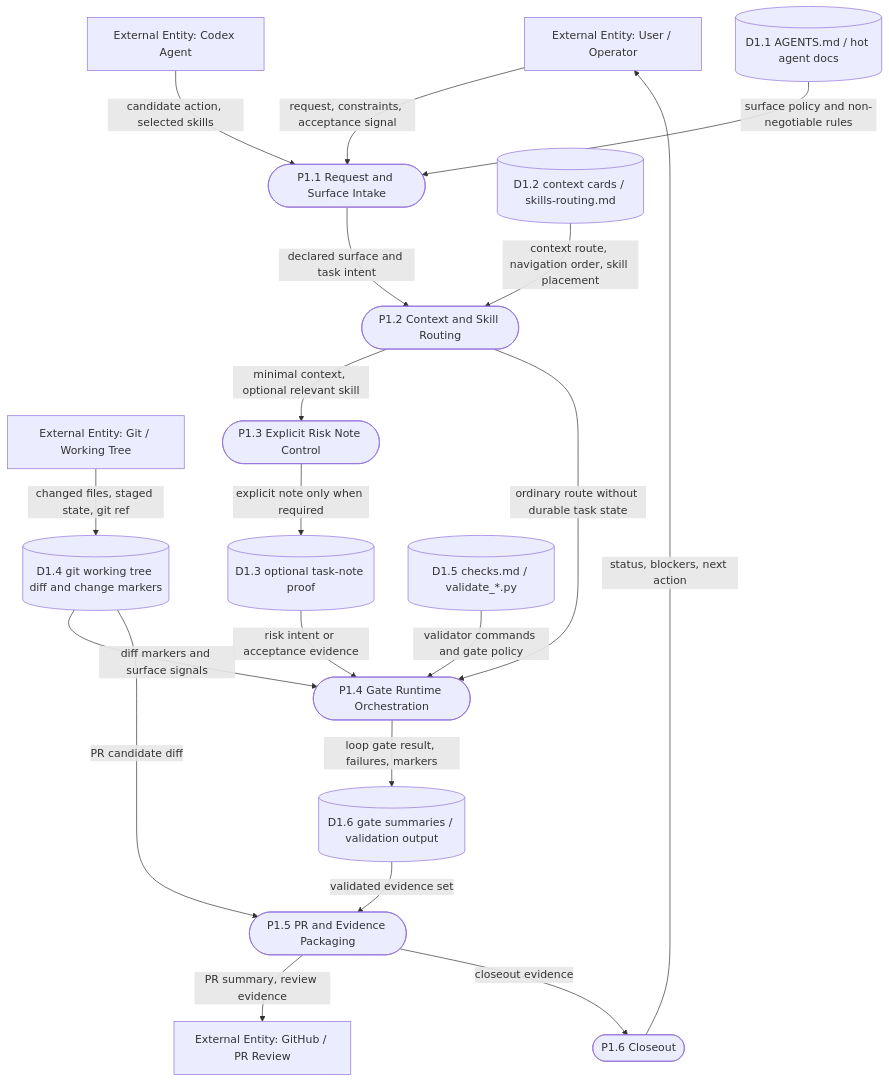
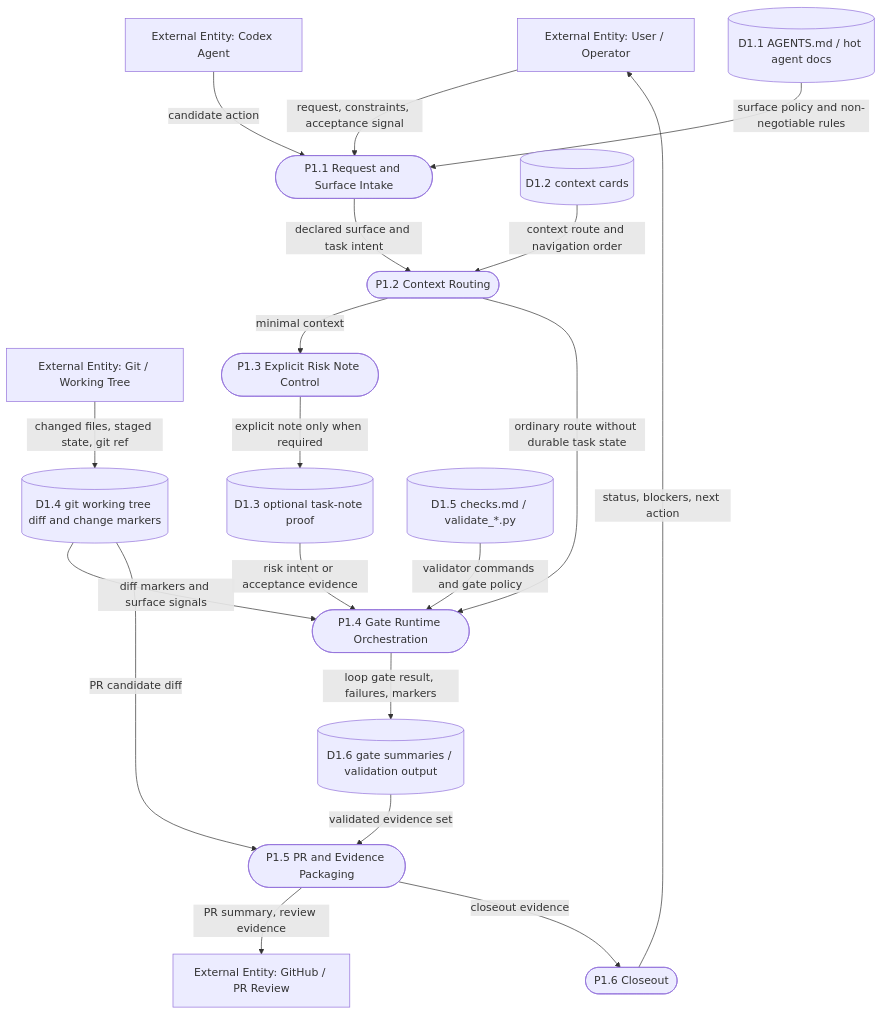
Before and after one commit to deusexrenovatio-arch/trading-advisor-3000: the diagram in docs/obsidian/dfd/level-1-delivery-shell.md, drawn with Mermaid. The commit also changed other lines of this file and 24 other files, not shown here.

Commit message:
refactor(shell): remove global skill routing dependency

````diff
--- a/docs/obsidian/dfd/level-1-delivery-shell.md
+++ b/docs/obsidian/dfd/level-1-delivery-shell.md
@@ -26,40 +25,40 @@
 ```mermaid
 flowchart TB
     User["External Entity: User / Operator"]
     Agent["External Entity: Codex Agent"]
     Git["External Entity: Git / Working Tree"]
     GitHub["External Entity: GitHub / PR Review"]
 
     P11(["P1.1 Request and Surface Intake"])
-    P12(["P1.2 Context and Skill Routing"])
+    P12(["P1.2 Context Routing"])
     P13(["P1.3 Explicit Risk Note Control"])
     P14(["P1.4 Gate Runtime Orchestration"])
     P15(["P1.5 PR and Evidence Packaging"])
     P16(["P1.6 Closeout"])
 
     D11[("D1.1 AGENTS.md / hot agent docs")]
-    D12[("D1.2 context cards / skills-routing.md")]
+    D12[("D1.2 context cards")]
     D13[("D1.3 optional task-note proof")]
     D14[("D1.4 git working tree diff and change markers")]
     D15[("D1.5 checks.md / validate_*.py")]
     D16[("D1.6 gate summaries / validation output")]
 
     User -->|"request, constraints, acceptance signal"| P11
-    Agent -->|"candidate action, selected skills"| P11
+    Agent -->|"candidate action"| P11
     D11 -->|"surface policy and non-negotiable rules"| P11
     P11 -->|"declared surface and task intent"| P12
-    D12 -->|"context route, navigation order, skill placement"| P12
-    P12 -->|"minimal context, optional relevant skill"| P13
+    D12 -->|"context route and navigation order"| P12
+    P12 -->|"minimal context"| P13
     P12 -->|"ordinary route without durable task state"| P14
     P13 -->|"explicit note only when required"| D13
     D13 -->|"risk intent or acceptance evidence"| P14
     Git -->|"changed files, staged state, git ref"| D14
     D14 -->|"diff markers and surface signals"| P14
     D15 -->|"validator commands and gate policy"| P14
     P14 -->|"loop gate result, failures, markers"| D16
     D16 -->|"validated evidence set"| P15
     D14 -->|"PR candidate diff"| P15
     P15 -->|"PR summary, review evidence"| GitHub
     P15 -->|"closeout evidence"| P16
     P16 -->|"status, blockers, next action"| User
 ```
````
